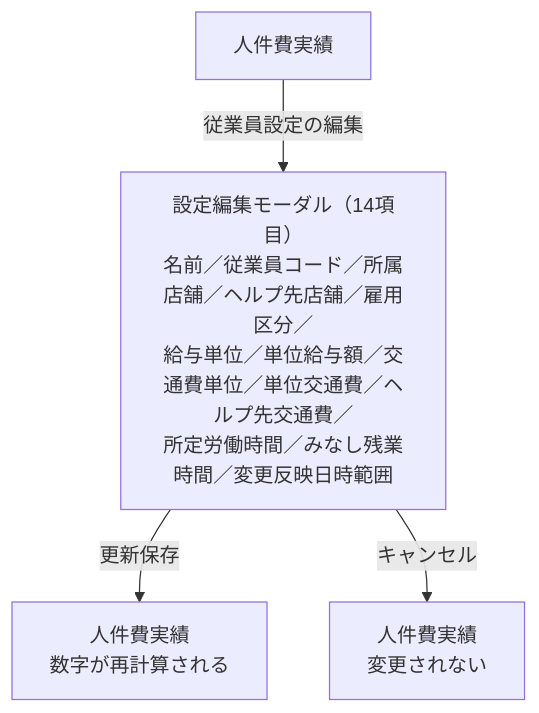
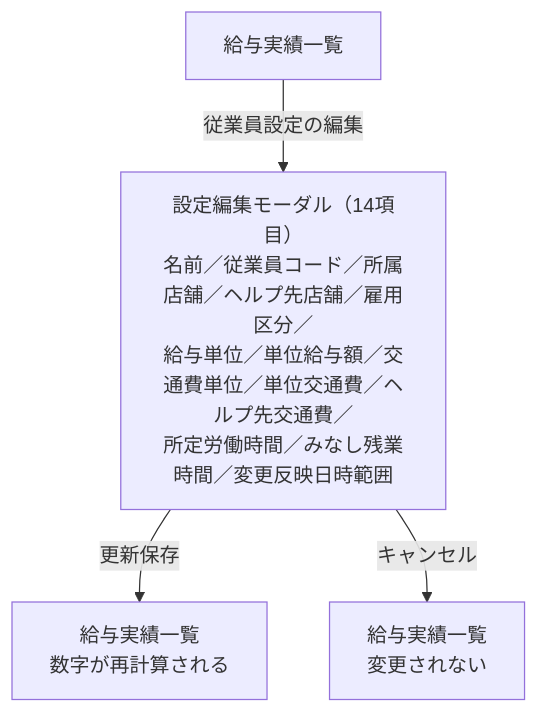
Diagram 15 of 15 in 20260803_01_従業員管理_仕様書_PdM版.md (suguru789987/rakmy-employee-mgmt-spec), drawn with Mermaid before and after one commit. The commit also changed other lines of this file and 18 other files, not shown here.

````diff
--- a/20260803_01_従業員管理_仕様書_PdM版.md
+++ b/20260803_01_従業員管理_仕様書_PdM版.md
@@ -555,6 +555,6 @@
 ```mermaid
 flowchart TB
-  LC["人件費実績"] -->|"従業員設定の編集"| M["設定編集モーダル（14項目）<br/>名前／従業員コード／所属店舗／ヘルプ先店舗／雇用区分／<br/>給与単位／単位給与額／交通費単位／単位交通費／ヘルプ先交通費／<br/>所定労働時間／みなし残業時間／変更反映日時範囲"]
-  M -->|"更新保存"| A["人件費実績<br/>数字が再計算される"]
-  M -->|"キャンセル"| B["人件費実績<br/>変更されない"]
+  LC["給与実績一覧"] -->|"従業員設定の編集"| M["設定編集モーダル（14項目）<br/>名前／従業員コード／所属店舗／ヘルプ先店舗／雇用区分／<br/>給与単位／単位給与額／交通費単位／単位交通費／ヘルプ先交通費／<br/>所定労働時間／みなし残業時間／変更反映日時範囲"]
+  M -->|"更新保存"| A["給与実績一覧<br/>数字が再計算される"]
+  M -->|"キャンセル"| B["給与実績一覧<br/>変更されない"]
 ```
````
